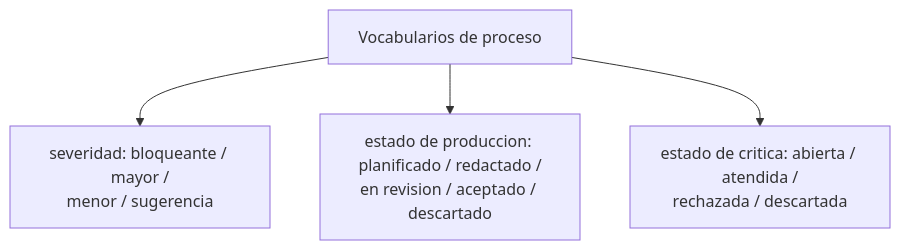
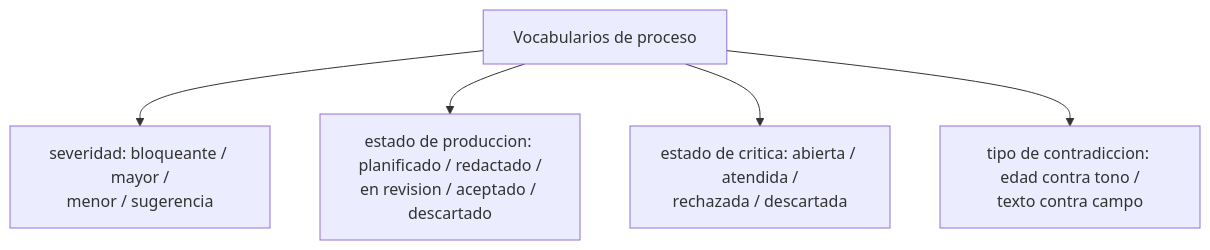
Before and after one commit to alvarofernandezqaracter/my-story-maker: the fifth of 10 diagrams in docs/architecture.md, drawn with Mermaid. The commit also changed other lines of this file and 3 other files, not shown here.

````diff
--- a/docs/architecture.md
+++ b/docs/architecture.md
@@ -202,6 +210,7 @@
 ```mermaid
 flowchart TD
   PROC[Vocabularios de proceso] --> SEV[severidad: bloqueante / mayor /<br/>menor / sugerencia]
   PROC --> EST[estado de produccion: planificado / redactado /<br/>en revision / aceptado / descartado]
   PROC --> CRI[estado de critica: abierta / atendida /<br/>rechazada / descartada]
+  PROC --> CON[tipo de contradiccion: edad contra tono /<br/>texto contra campo]
 ```
````
